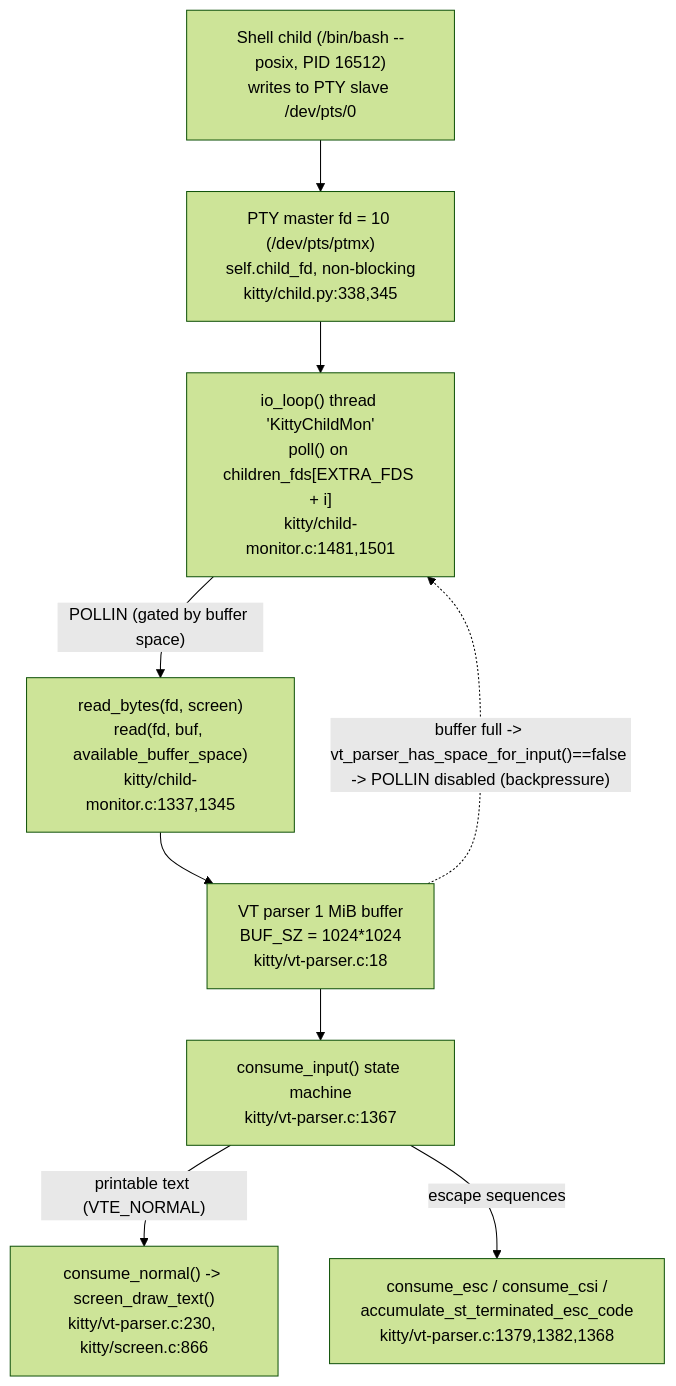
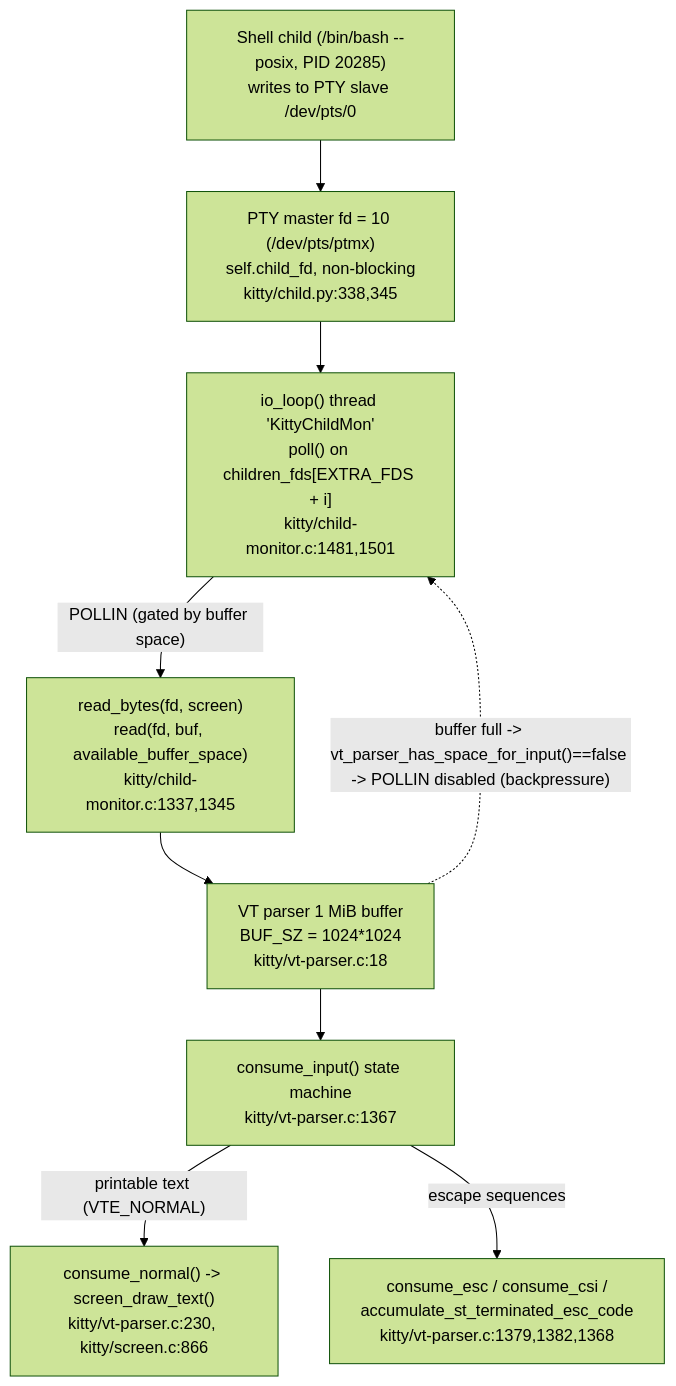
The diagram in blitzy/documentation/kitty_815df1e210e0.md (blitzy-research/kitty), drawn with Mermaid (forest theme) before and after one commit. The commit also changed other lines of this file, not shown here.

First line of the commit message:
docs: address review findings in kitty_815df1e210e0 PTY Q&A

````diff
--- a/blitzy/documentation/kitty_815df1e210e0.md
+++ b/blitzy/documentation/kitty_815df1e210e0.md
@@ -85,12 +113,12 @@
 ```mermaid
 flowchart TD
-    A["Shell child (/bin/bash --posix, PID 16512)<br/>writes to PTY slave /dev/pts/0"]
+    A["Shell child (/bin/bash --posix, PID 20285)<br/>writes to PTY slave /dev/pts/0"]
       --> B["PTY master fd = 10 (/dev/pts/ptmx)<br/>self.child_fd, non-blocking<br/>kitty/child.py:338,345"]
     B --> C["io_loop() thread 'KittyChildMon'<br/>poll() on children_fds[EXTRA_FDS + i]<br/>kitty/child-monitor.c:1481,1501"]
     C -->|"POLLIN (gated by buffer space)"| D["read_bytes(fd, screen)<br/>read(fd, buf, available_buffer_space)<br/>kitty/child-monitor.c:1337,1345"]
     D --> E["VT parser 1 MiB buffer<br/>BUF_SZ = 1024*1024<br/>kitty/vt-parser.c:18"]
     E --> F["consume_input() state machine<br/>kitty/vt-parser.c:1367"]
     F -->|"printable text (VTE_NORMAL)"| G["consume_normal() -> screen_draw_text()<br/>kitty/vt-parser.c:230, kitty/screen.c:866"]
     F -->|"escape sequences"| H["consume_esc / consume_csi /<br/>accumulate_st_terminated_esc_code<br/>kitty/vt-parser.c:1379,1382,1368"]
     E -. "buffer full -> vt_parser_has_space_for_input()==false -> POLLIN disabled (backpressure)" .-> C
 ```
````
